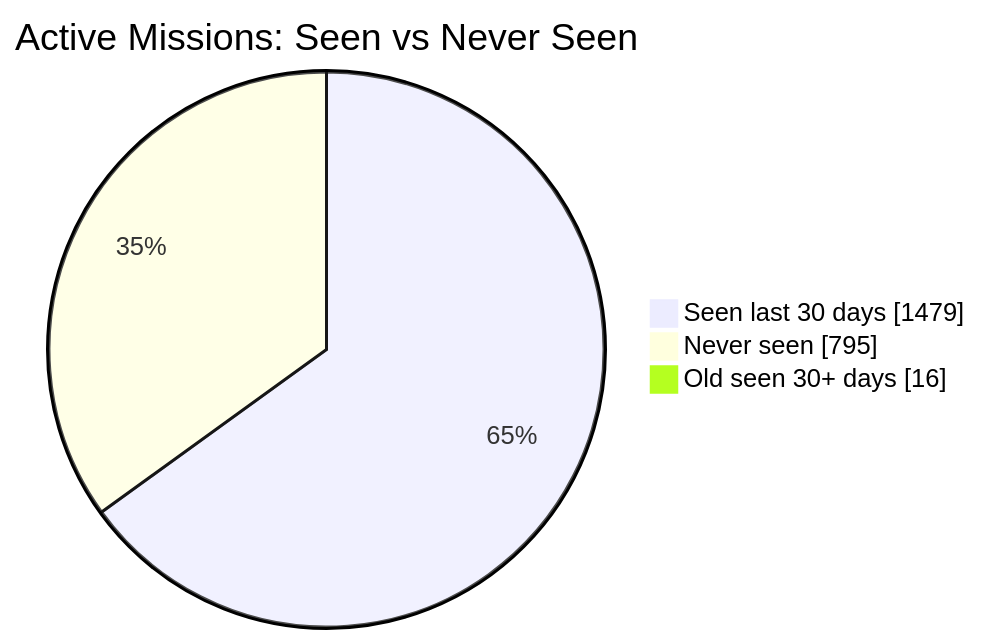
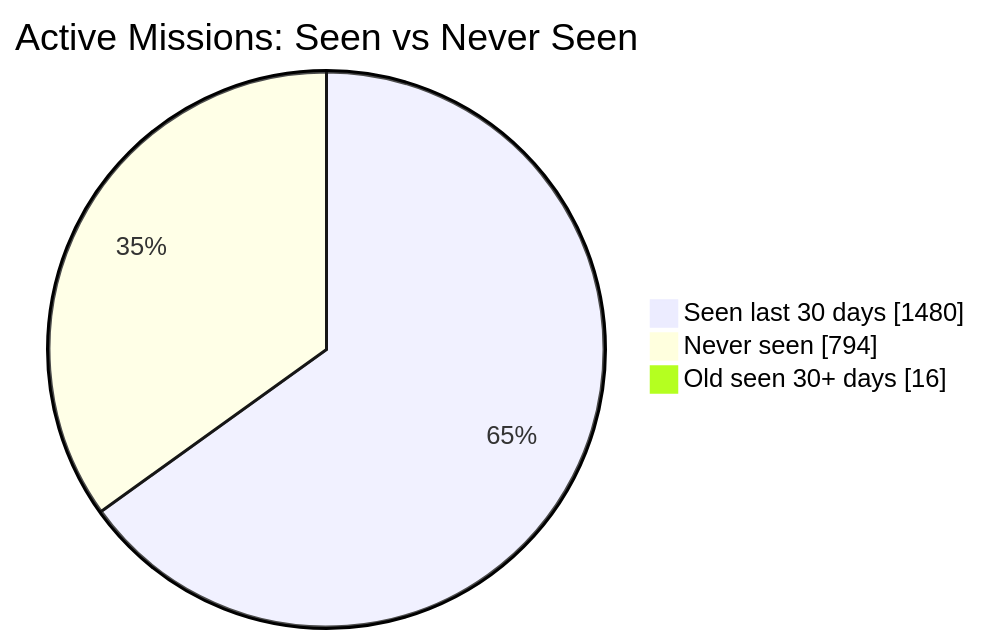
The first of 2 diagrams in README.md (MeldkamerspelGameTeam/active-missions), drawn with Mermaid before and after one commit. The commit also changed other lines of this file and 3 other files, not shown here.

````diff
--- a/README.md
+++ b/README.md
@@ -34,7 +34,7 @@
 ```mermaid
 pie showData
     title Active Missions: Seen vs Never Seen
-    "Seen last 30 days" : 1479
-    "Never seen" : 795
+    "Seen last 30 days" : 1480
+    "Never seen" : 794
     "Old seen 30+ days" : 16
 ```
````
